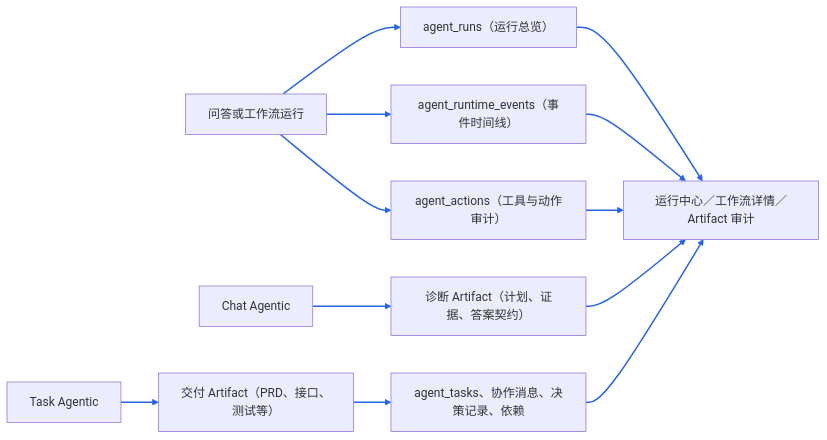
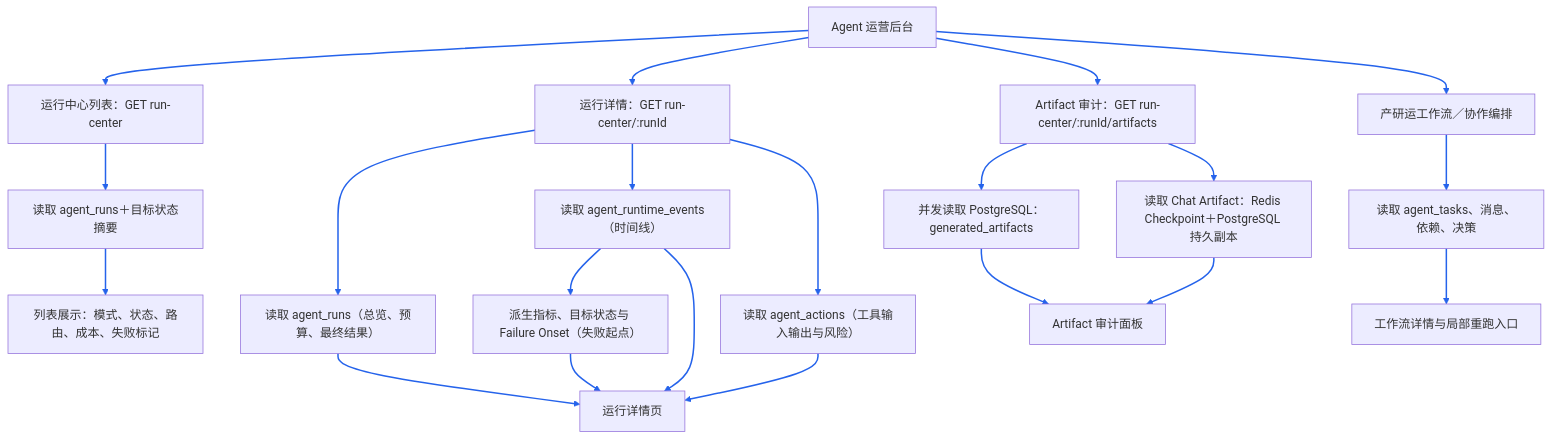
Before and after one commit to monstereatai/RAG: diagram 15 of 20 in docs/interview/功能步骤流程.md, drawn with Mermaid. The commit also changed other lines of this file and 97 other files, not shown here.

````diff
--- a/docs/interview/功能步骤流程.md
+++ b/docs/interview/功能步骤流程.md
@@ -436,15 +618,24 @@
 ```mermaid
-flowchart LR
-  A[问答或工作流运行] --> B[agent_runs（运行总览）]
-  A --> C[agent_runtime_events（事件时间线）]
-  A --> D[agent_actions（工具与动作审计）]
-  E[Chat Agentic] --> F[诊断 Artifact（计划、证据、答案契约）]
-  G[Task Agentic] --> H[交付 Artifact（PRD、接口、测试等）]
-  H --> I[agent_tasks、协作消息、决策记录、依赖]
-  B --> J[运行中心／工作流详情／Artifact 审计]
-  C --> J
-  D --> J
-  F --> J
+flowchart TB
+  A[Agent 运营后台] --> B[运行中心列表：GET run-center]
+  B --> C[读取 agent_runs＋目标状态摘要]
+  C --> D[列表展示：模式、状态、路由、成本、失败标记]
+  A --> E[运行详情：GET run-center/:runId]
+  E --> F[读取 agent_runs（总览、预算、最终结果）]
+  E --> G[读取 agent_runtime_events（时间线）]
+  E --> H[读取 agent_actions（工具输入输出与风险）]
+  G --> I[派生指标、目标状态与 Failure Onset（失败起点）]
+  F --> J[运行详情页]
+  G --> J
+  H --> J
   I --> J
-  linkStyle 0,1,2,3,4,5,6,7,8,9,10 stroke:#2563eb,stroke-width:2px
+  A --> K[Artifact 审计：GET run-center/:runId/artifacts]
+  K --> L[并发读取 PostgreSQL：generated_artifacts]
+  K --> M[读取 Chat Artifact：Redis Checkpoint＋PostgreSQL 持久副本]
+  L --> N[Artifact 审计面板]
+  M --> N
+  A --> O[产研运工作流／协作编排]
+  O --> P[读取 agent_tasks、消息、依赖、决策]
+  P --> Q[工作流详情与局部重跑入口]
+  linkStyle 0,1,2,3,4,5,6,7,8,9,10,11,12,13,14,15,16,17,18,19 stroke:#2563eb,stroke-width:2px
 ```
````
